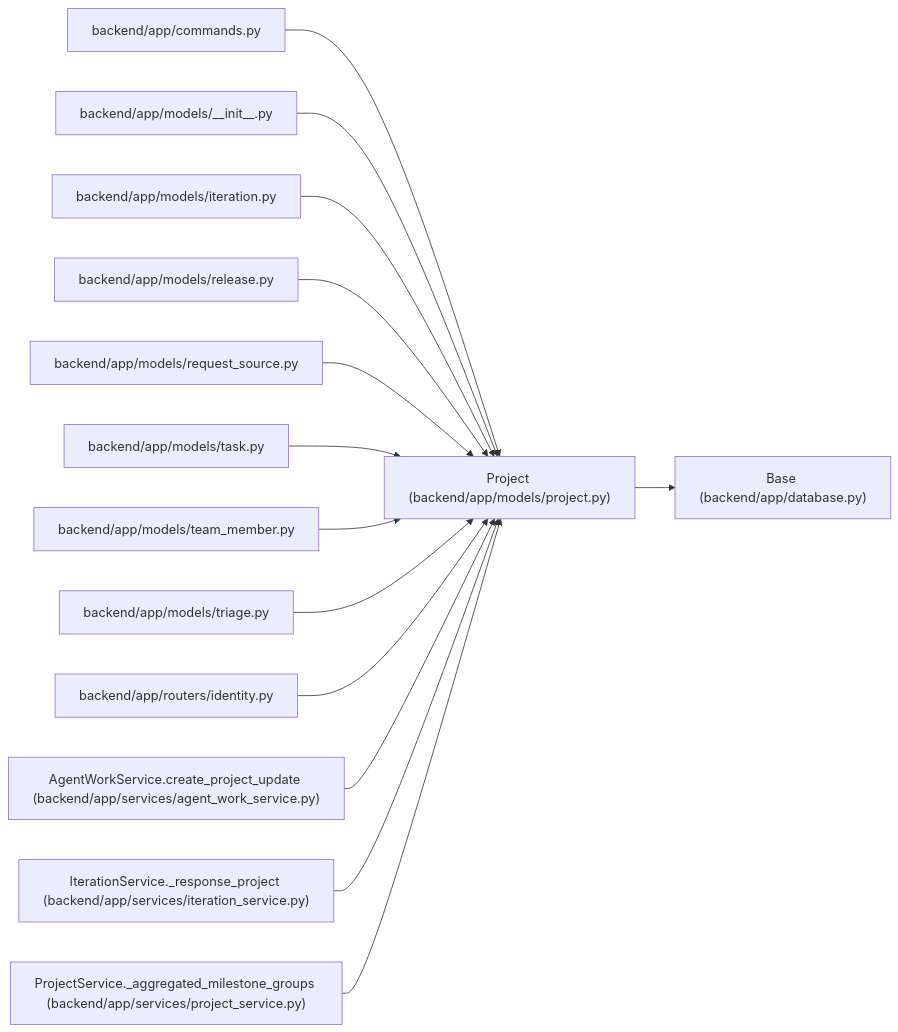
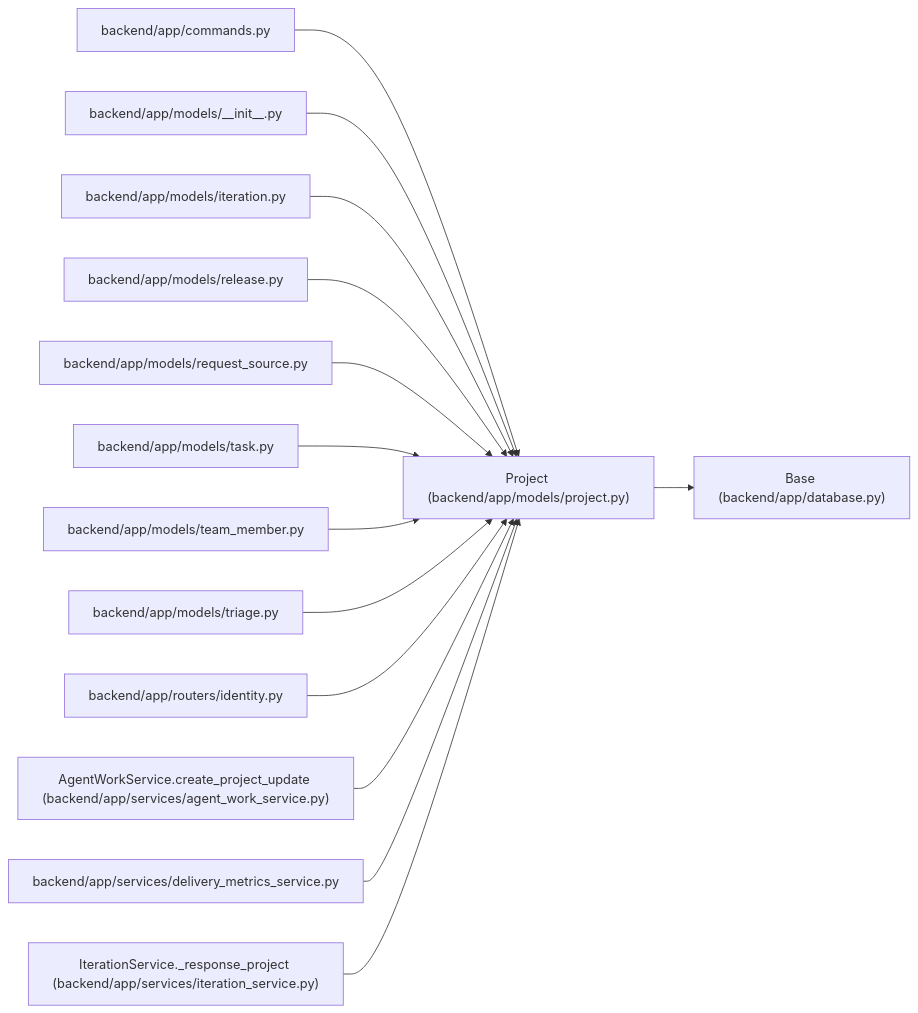
The diagram in docs/llm_wiki/entities/models_project_Project.md (Denissvgn/WorkChord), drawn with Mermaid before and after one commit. The commit also changed other lines of this file and 628 other files, not shown here.

````diff
--- a/docs/llm_wiki/entities/models_project_Project.md
+++ b/docs/llm_wiki/entities/models_project_Project.md
@@ -48,44 +48,44 @@
 ```mermaid
 flowchart LR
     n0["Project (backend/app/models/project.py)"]
     n1["Base (backend/app/database.py)"]
     n2["backend/app/commands.py"]
     n3["backend/app/models/__init__.py"]
     n4["backend/app/models/iteration.py"]
     n5["backend/app/models/release.py"]
     n6["backend/app/models/request_source.py"]
     n7["backend/app/models/task.py"]
     n8["backend/app/models/team_member.py"]
     n9["backend/app/models/triage.py"]
     n10["backend/app/routers/identity.py"]
     n11["AgentWorkService.create_project_update (backend/app/services/agent_work_service.py)"]
-    n12["IterationService._response_project (backend/app/services/iteration_service.py)"]
-    n13["ProjectService._aggregated_milestone_groups (backend/app/services/project_service.py)"]
+    n12["backend/app/services/delivery_metrics_service.py"]
+    n13["IterationService._response_project (backend/app/services/iteration_service.py)"]
     n0 --> n1
     n2 --> n0
     n3 --> n0
     n4 --> n0
     n5 --> n0
     n6 --> n0
     n7 --> n0
     n8 --> n0
     n9 --> n0
     n10 --> n0
     n11 --> n0
     n12 --> n0
     n13 --> n0
     click n0 "../modules/models_project.md"
     click n1 "../modules/app_database.md"
     click n2 "../modules/commands.md"
     click n3 "../modules/models___init__.md"
     click n4 "../modules/models_iteration.md"
     click n5 "../modules/models_release.md"
     click n6 "../modules/models_request_source.md"
     click n7 "../modules/models_task.md"
     click n8 "../modules/team_member.md"
     click n9 "../modules/models_triage.md"
     click n10 "../modules/routers_identity.md"
     click n11 "../modules/agent_work_service.md"
-    click n12 "../modules/iteration_service.md"
-    click n13 "../modules/project_service.md"
+    click n12 "../modules/delivery_metrics_service.md"
+    click n13 "../modules/iteration_service.md"
 ```
````
